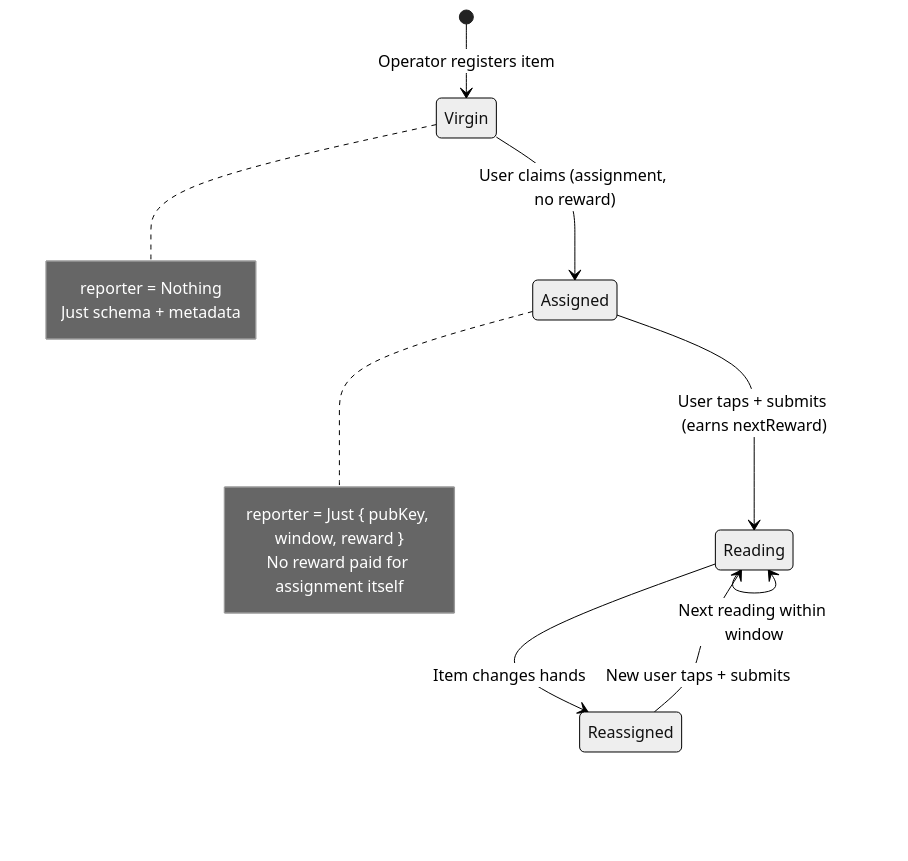
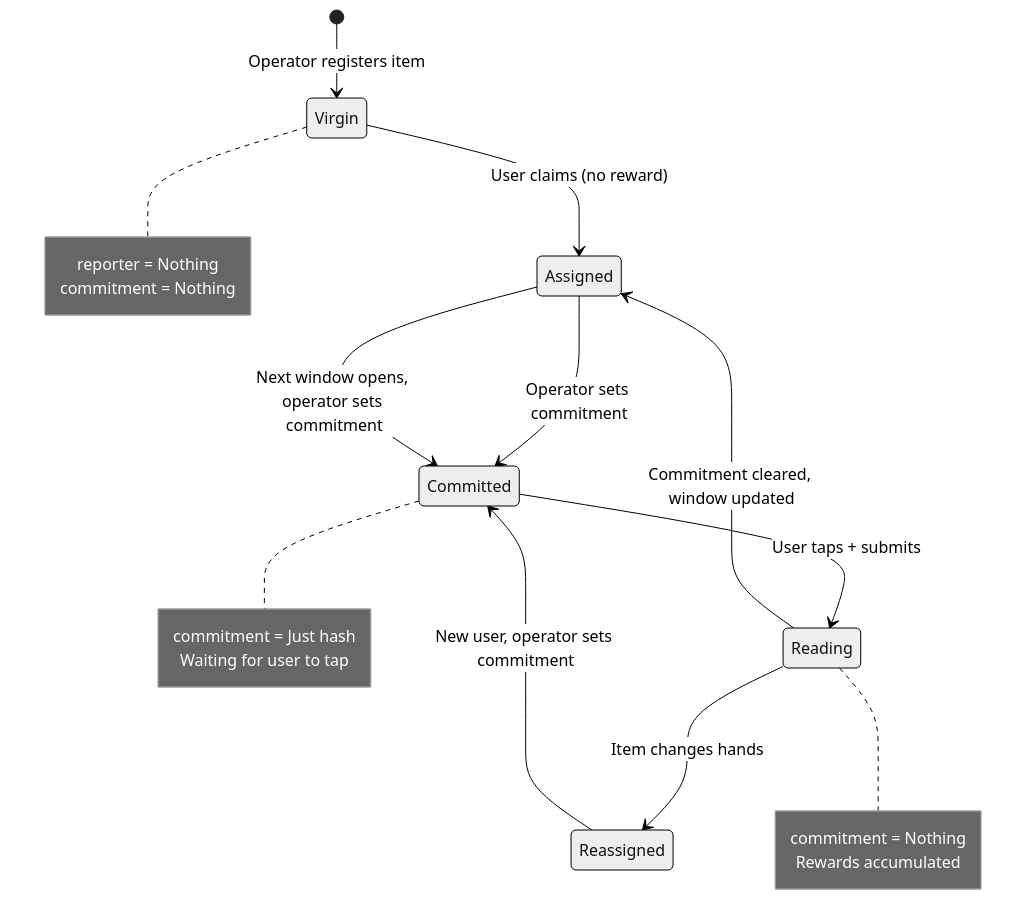
Before and after one commit to lambdasistemi/eu-digital-product-passport: the first of 3 diagrams in docs/cardano/signed-readings.md, drawn with Mermaid (neutral theme). The commit also changed other lines of this file, not shown here.

Commit message:
feat: simplified protocol — commitment in leaf, two txs, no locked ADA, adversarial deferred

````diff
--- a/docs/cardano/signed-readings.md
+++ b/docs/cardano/signed-readings.md
@@ -73,19 +73,26 @@
 ```mermaid
 stateDiagram-v2
     [*] --> Virgin: Operator registers item
-    Virgin --> Assigned: User claims (assignment, no reward)
-    Assigned --> Reading: User taps + submits (earns nextReward)
-    Reading --> Reading: Next reading within window
+    Virgin --> Assigned: User claims (no reward)
+    Assigned --> Committed: Operator sets commitment
+    Committed --> Reading: User taps + submits
+    Reading --> Assigned: Commitment cleared, window updated
+    Assigned --> Committed: Next window opens, operator sets commitment
     Reading --> Reassigned: Item changes hands
-    Reassigned --> Reading: New user taps + submits
+    Reassigned --> Committed: New user, operator sets commitment
 
     note right of Virgin
         reporter = Nothing
-        Just schema + metadata
+        commitment = Nothing
     end note
 
-    note right of Assigned
-        reporter = Just { pubKey, window, reward }
-        No reward paid for assignment itself
+    note right of Committed
+        commitment = Just hash
+        Waiting for user to tap
+    end note
+
+    note right of Reading
+        commitment = Nothing
+        Rewards accumulated
     end note
 ```
````
